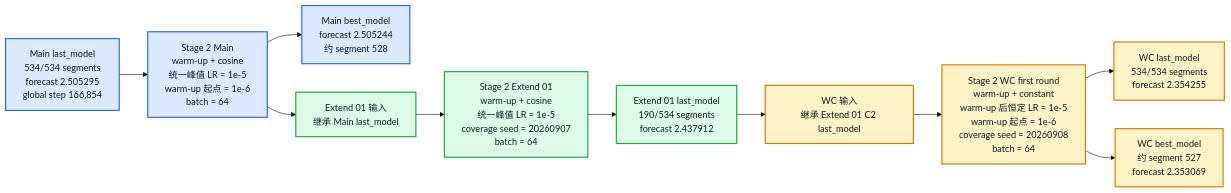
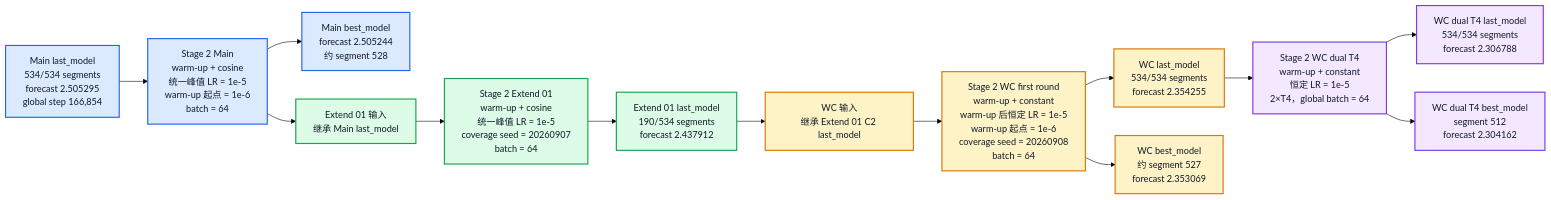
One commit to luckfu/Kronos changed the seventh of 15 diagrams in finetune/SMALL_0_1_MODEL_AND_TRAINING_TECHNICAL_REPORT_CN.md. Above: the diagram before and after it, drawn with Mermaid (forest theme). The commit also changed other lines of this file and 20 other files, not shown here.

````diff
--- a/finetune/SMALL_0_1_MODEL_AND_TRAINING_TECHNICAL_REPORT_CN.md
+++ b/finetune/SMALL_0_1_MODEL_AND_TRAINING_TECHNICAL_REPORT_CN.md
@@ -217,28 +220,36 @@
 ```mermaid
 flowchart LR
     MB[Main last_model<br/>534/534 segments<br/>forecast 2.505295<br/>global step 166,854]
     M[Stage 2 Main<br/>warm-up + cosine<br/>统一峰值 LR = 1e-5<br/>warm-up 起点 = 1e-6<br/>batch = 64]
     ML[Main best_model<br/>forecast 2.505244<br/>约 segment 528]
 
     EB[Extend 01 输入<br/>继承 Main last_model]
     E[Stage 2 Extend 01<br/>warm-up + cosine<br/>统一峰值 LR = 1e-5<br/>coverage seed = 20260907<br/>batch = 64]
     EL[Extend 01 last_model<br/>190/534 segments<br/>forecast 2.437912]
 
     WB[WC 输入<br/>继承 Extend 01 C2 last_model]
     W[Stage 2 WC first round<br/>warm-up + constant<br/>warm-up 后恒定 LR = 1e-5<br/>warm-up 起点 = 1e-6<br/>coverage seed = 20260908<br/>batch = 64]
     WL[WC last_model<br/>534/534 segments<br/>forecast 2.354255]
     WBest[WC best_model<br/>约 segment 527<br/>forecast 2.353069]
 
+    W2[Stage 2 WC dual T4<br/>warm-up + constant<br/>恒定 LR = 1e-5<br/>2×T4，global batch = 64]
+    W2L[WC dual T4 last_model<br/>534/534 segments<br/>forecast 2.306788]
+    W2B[WC dual T4 best_model<br/>segment 512<br/>forecast 2.304162]
+
     MB --> M --> ML
     M --> EB --> E --> EL
     EL --> WB --> W --> WL
     W --> WBest
+    WL --> W2 --> W2L
+    W2 --> W2B
 
     classDef main fill:#dbeafe,stroke:#2563eb,color:#111827,stroke-width:2px;
     classDef extend fill:#dcfce7,stroke:#16a34a,color:#111827,stroke-width:2px;
     classDef wc fill:#fef3c7,stroke:#d97706,color:#111827,stroke-width:2px;
+    classDef wc2 fill:#f3e8ff,stroke:#7c3aed,color:#111827,stroke-width:2px;
     classDef checkpoint fill:#f3f4f6,stroke:#6b7280,color:#111827;
     class M,MB,ML main;
     class E,EB,EL extend;
     class W,WB,WL,WBest wc;
+    class W2,W2L,W2B wc2;
 ```
````
